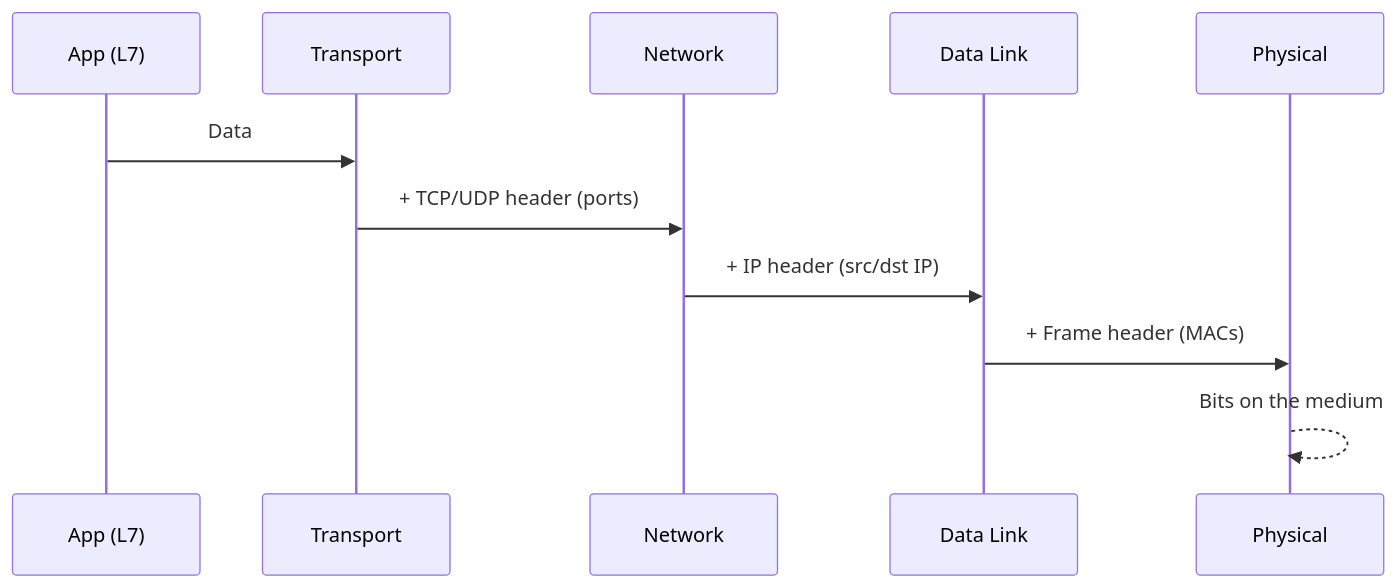
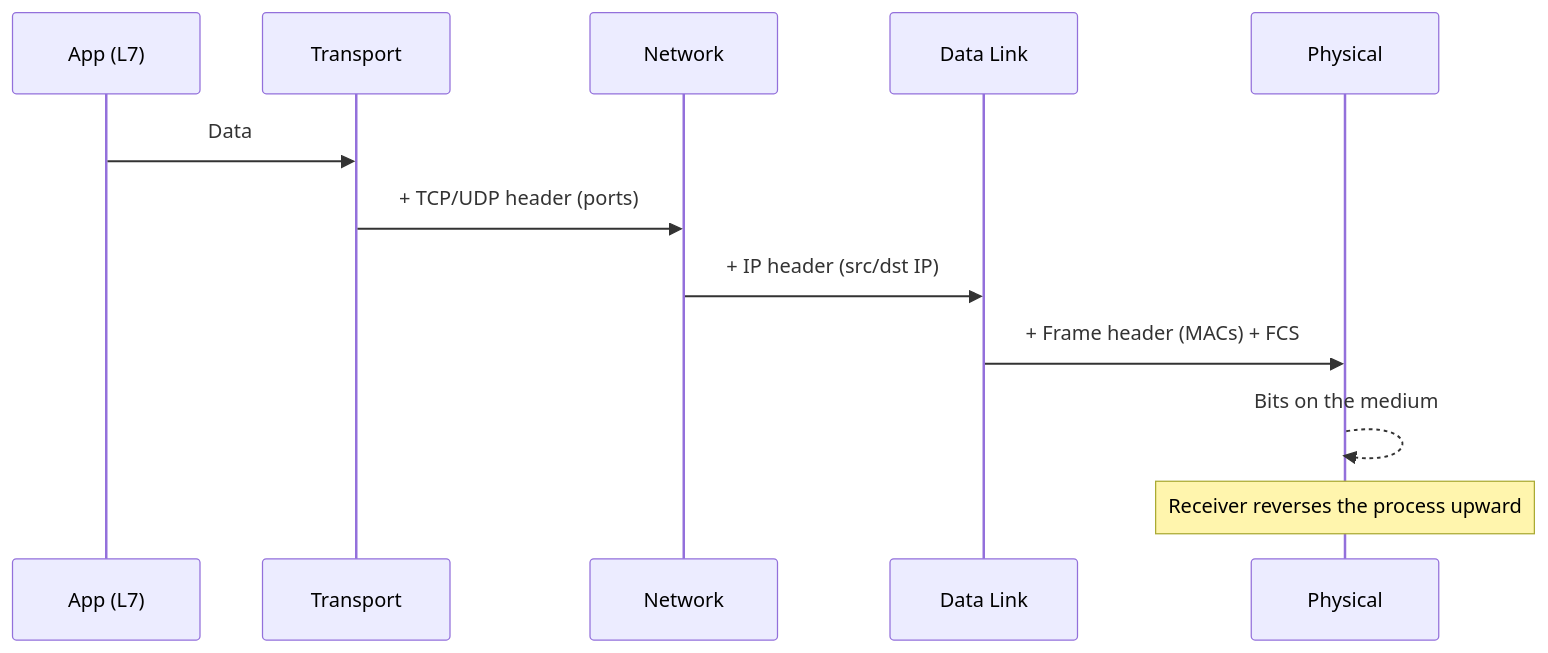
One commit to omnayak27199/pktana changed the third of 5 diagrams in learning/02-osi-model.md. Above: the diagram before and after it, drawn with Mermaid. The commit also changed other lines of this file and 14 other files, not shown here.

````diff
--- a/learning/02-osi-model.md
+++ b/learning/02-osi-model.md
@@ -49,13 +160,14 @@
 ```mermaid
 sequenceDiagram
   participant App as App (L7)
   participant L4 as Transport
   participant L3 as Network
   participant L2 as Data Link
   participant L1 as Physical
   App->>L4: Data
   L4->>L3: + TCP/UDP header (ports)
   L3->>L2: + IP header (src/dst IP)
-  L2->>L1: + Frame header (MACs)
+  L2->>L1: + Frame header (MACs) + FCS
   L1-->>L1: Bits on the medium
+  Note over L1: Receiver reverses the process upward
 ```
````
